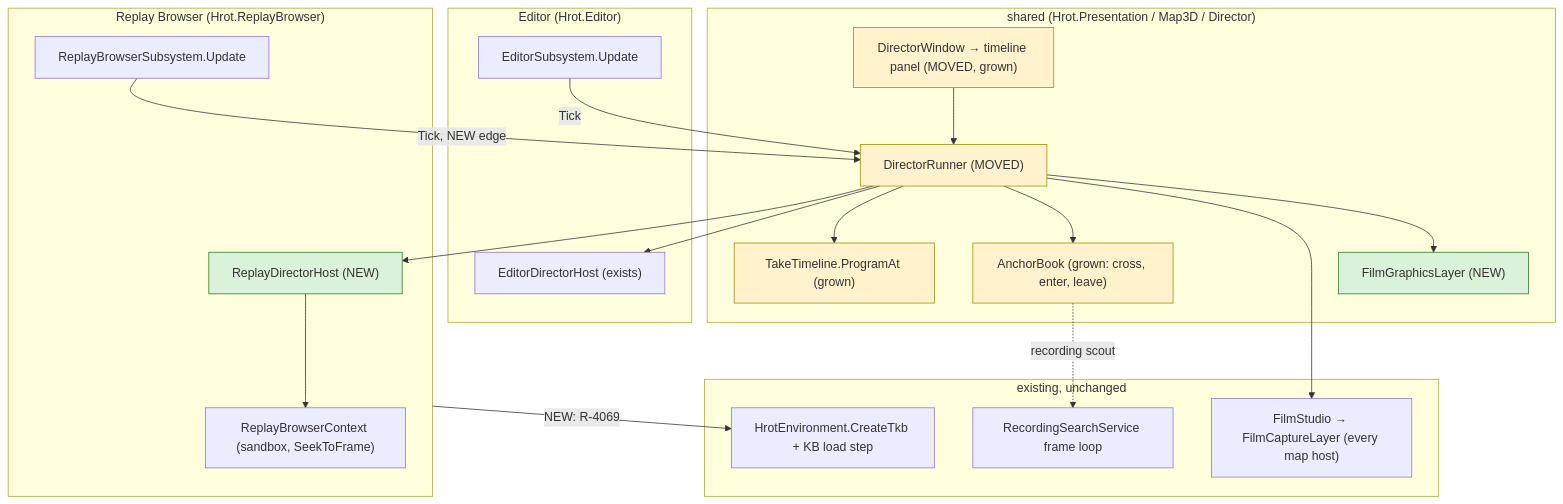
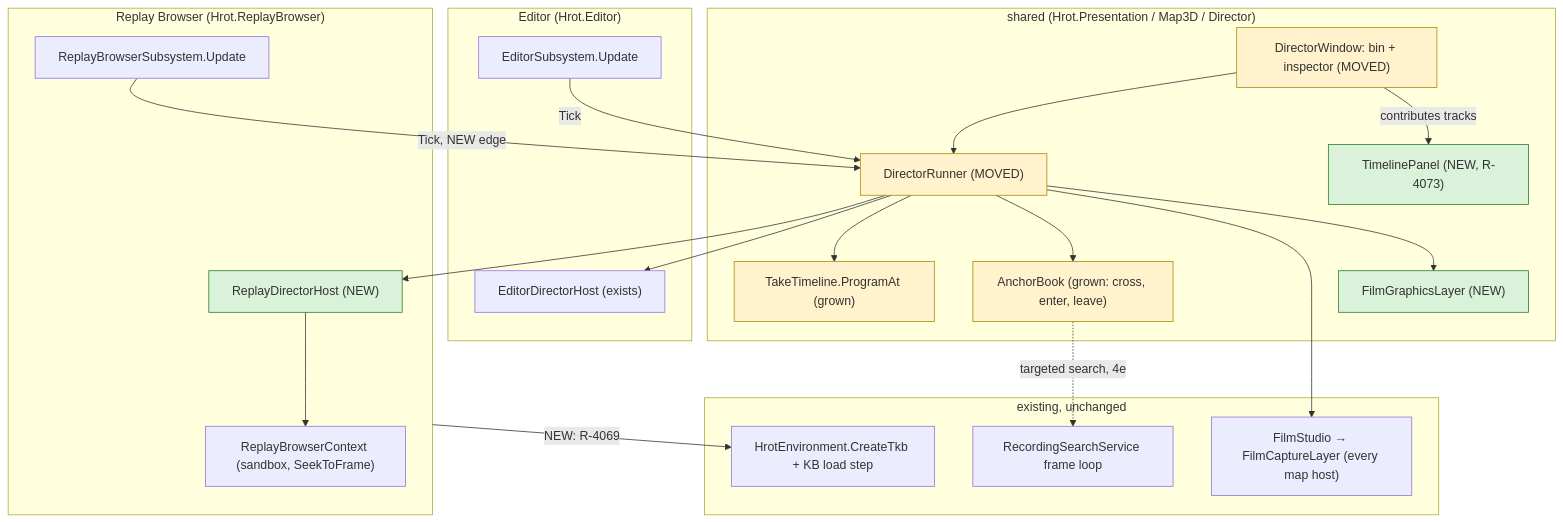
One commit to pjanec/HROT changed the first of 8 diagrams in docs/DESIGN_Director_Timeline_Editor.md. Above: the diagram before and after it, drawn with Mermaid. The commit also changed other lines of this file and 4 other files, not shown here.

First line of the commit message:
docs(director timeline): approved; anchors ARE existing predicates; the timeline is a central panel over a cached event index (R-4071…R-4073)

````diff
--- a/docs/DESIGN_Director_Timeline_Editor.md
+++ b/docs/DESIGN_Director_Timeline_Editor.md
@@ -71,37 +85,39 @@
 ```mermaid
 graph TD
   subgraph RB["Replay Browser (Hrot.ReplayBrowser)"]
     RBU["ReplayBrowserSubsystem.Update"]
     RDH["ReplayDirectorHost (NEW)"]:::new
     CTX["ReplayBrowserContext (sandbox, SeekToFrame)"]
   end
   subgraph ED["Editor (Hrot.Editor)"]
     EDU["EditorSubsystem.Update"]
     EDH["EditorDirectorHost (exists)"]
   end
   subgraph SH["shared (Hrot.Presentation / Map3D / Director)"]
     RUN["DirectorRunner (MOVED)"]:::moved
-    WIN["DirectorWindow → timeline panel (MOVED, grown)"]:::moved
+    WIN["DirectorWindow: bin + inspector (MOVED)"]:::moved
+    TLP["TimelinePanel (NEW, R-4073)"]:::new
     TL["TakeTimeline.ProgramAt (grown)"]:::moved
     AB["AnchorBook (grown: cross, enter, leave)"]:::moved
     FG["FilmGraphicsLayer (NEW)"]:::new
   end
   subgraph EX["existing, unchanged"]
     FS["FilmStudio → FilmCaptureLayer (every map host)"]
     RSS["RecordingSearchService frame loop"]
     TKB["HrotEnvironment.CreateTkb + KB load step"]
   end
   RBU -->|"Tick, NEW edge"| RUN
   EDU -->|Tick| RUN
   RUN --> RDH --> CTX
   RUN --> EDH
   RUN --> TL
   RUN --> AB
   RUN --> FS
   RUN --> FG
   WIN --> RUN
-  AB -.->|"recording scout"| RSS
+  WIN -->|"contributes tracks"| TLP
+  AB -.->|"targeted search, 4e"| RSS
   RB -->|"NEW: R-4069"| TKB
   classDef new fill:#d9f2d9,stroke:#2a7a2a
   classDef moved fill:#fff2cc,stroke:#a68a00
 ```
````
